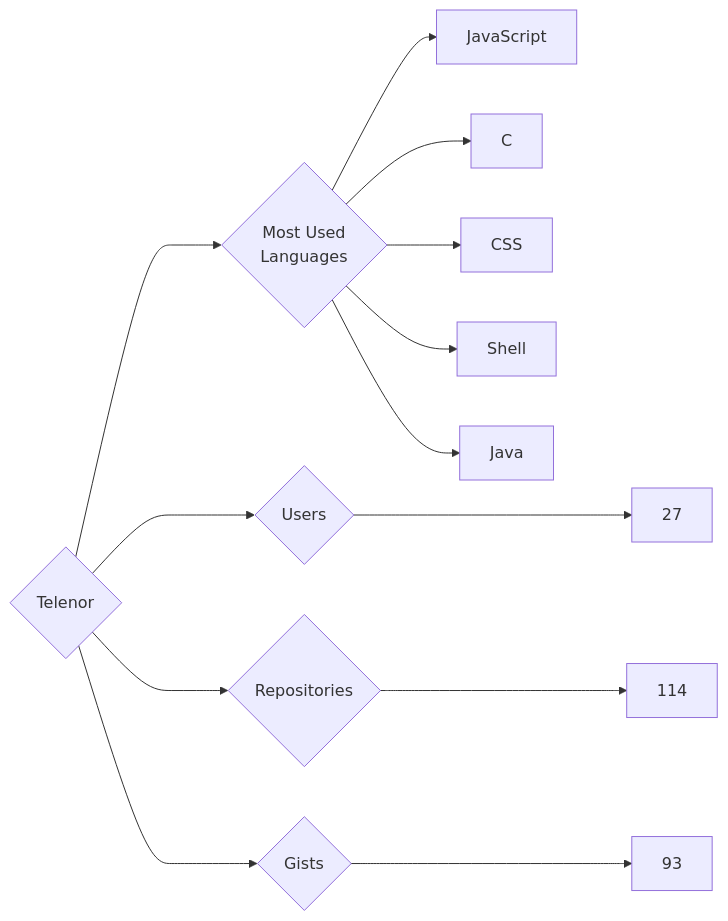
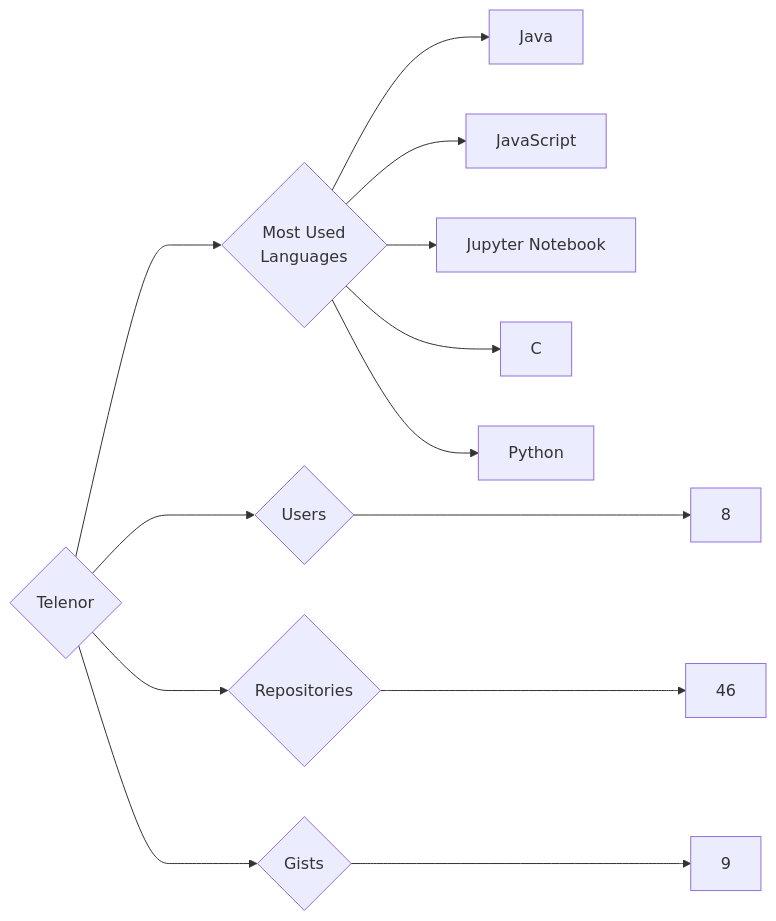
Before and after one commit to trickest/insiders: the diagram in targets/Telenor/README.md, drawn with Mermaid. The commit also changed 988 other files, not shown here.

````diff
--- a/targets/Telenor/README.md
+++ b/targets/Telenor/README.md
@@ -3,13 +3,13 @@
 ```mermaid
 graph LR
 COMPANY_NAME{Telenor}
-COMPANY_NAME ---> U{Users} ---> UN[27]
-COMPANY_NAME ---> R{Repositories} ---> RN[114]
-COMPANY_NAME ---> G{Gists} ---> GN[93]
+COMPANY_NAME ---> U{Users} ---> UN[8]
+COMPANY_NAME ---> R{Repositories} ---> RN[46]
+COMPANY_NAME ---> G{Gists} ---> GN[9]
 COMPANY_NAME ---> ML{Most Used<br>Languages}
+ML --> Java[Java]
 ML --> JavaScript[JavaScript]
+ML --> Jupyter_Notebook[Jupyter Notebook]
 ML --> C[C]
-ML --> CSS[CSS]
-ML --> Shell[Shell]
-ML --> Java[Java]
+ML --> Python[Python]
 ```
````
